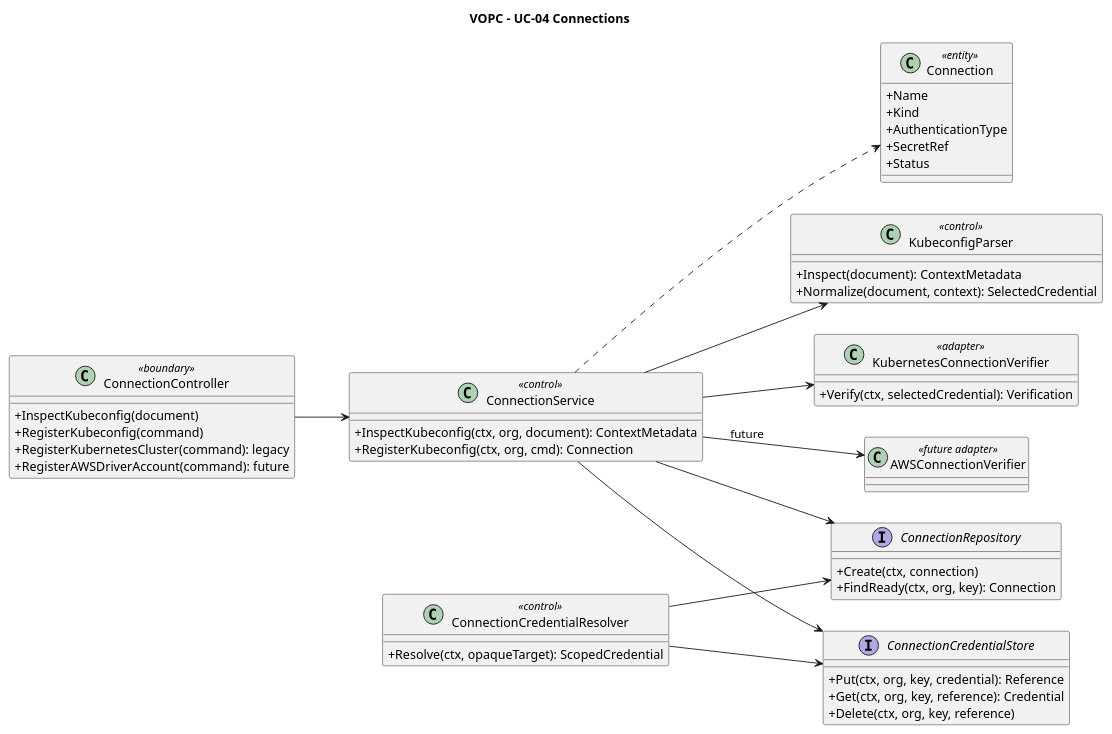
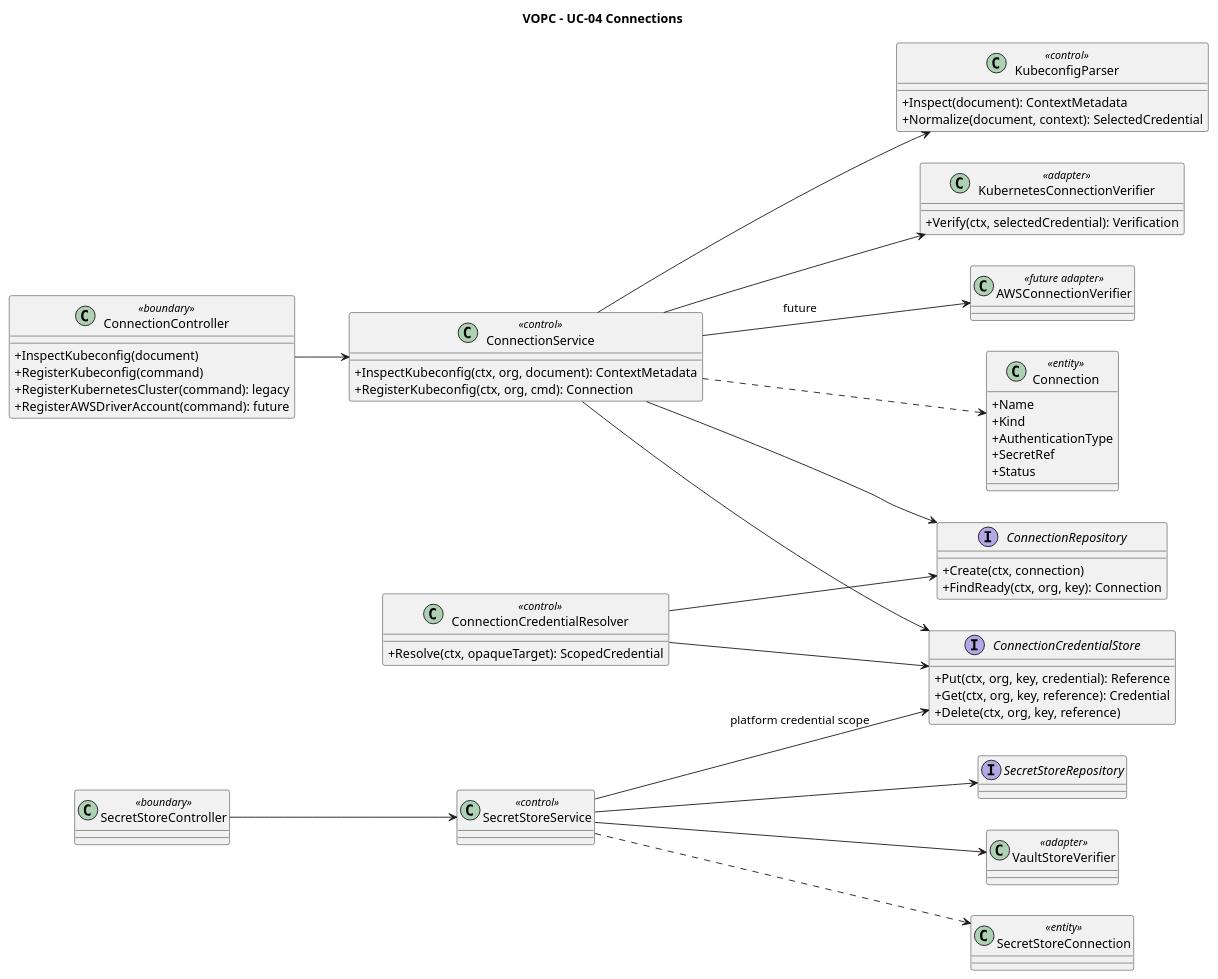
One commit to pr3s3nt/poc changed the diagram in orchestrator_docs/usecase/UC-04/vopc.puml. Above: the diagram before and after it, drawn with PlantUML. The commit also changed 171 other files, not shown here.

```diff
--- a/orchestrator_docs/usecase/UC-04/vopc.puml
+++ b/orchestrator_docs/usecase/UC-04/vopc.puml
@@ -1,51 +1,61 @@
 @startuml
 title VOPC - UC-04 Connections
 left to right direction
 skinparam classAttributeIconSize 0
 class ConnectionController <<boundary>> {
   +InspectKubeconfig(document)
   +RegisterKubeconfig(command)
   +RegisterKubernetesCluster(command): legacy
   +RegisterAWSDriverAccount(command): future
 }
 class ConnectionService <<control>> {
   +InspectKubeconfig(ctx, org, document): ContextMetadata
   +RegisterKubeconfig(ctx, org, cmd): Connection
 }
 class KubeconfigParser <<control>> {
   +Inspect(document): ContextMetadata
   +Normalize(document, context): SelectedCredential
 }
 class KubernetesConnectionVerifier <<adapter>> {
   +Verify(ctx, selectedCredential): Verification
 }
 class AWSConnectionVerifier <<future adapter>>
 class Connection <<entity>> {
   +Name
   +Kind
   +AuthenticationType
   +SecretRef
   +Status
 }
 interface ConnectionCredentialStore {
   +Put(ctx, org, key, credential): Reference
   +Get(ctx, org, key, reference): Credential
   +Delete(ctx, org, key, reference)
 }
 interface ConnectionRepository {
   +Create(ctx, connection)
   +FindReady(ctx, org, key): Connection
 }
 class ConnectionCredentialResolver <<control>> {
   +Resolve(ctx, opaqueTarget): ScopedCredential
 }
 ConnectionController --> ConnectionService
 ConnectionService --> KubeconfigParser
 ConnectionService --> ConnectionCredentialStore
 ConnectionService --> ConnectionRepository
 ConnectionService --> KubernetesConnectionVerifier
 ConnectionService --> AWSConnectionVerifier : future
 ConnectionService ..> Connection
 ConnectionCredentialResolver --> ConnectionRepository
 ConnectionCredentialResolver --> ConnectionCredentialStore
+class SecretStoreController <<boundary>>
+class SecretStoreService <<control>>
+class VaultStoreVerifier <<adapter>>
+class SecretStoreConnection <<entity>>
+interface SecretStoreRepository
+SecretStoreController --> SecretStoreService
+SecretStoreService --> VaultStoreVerifier
+SecretStoreService --> SecretStoreRepository
+SecretStoreService --> ConnectionCredentialStore : platform credential scope
+SecretStoreService ..> SecretStoreConnection
 @enduml
```
